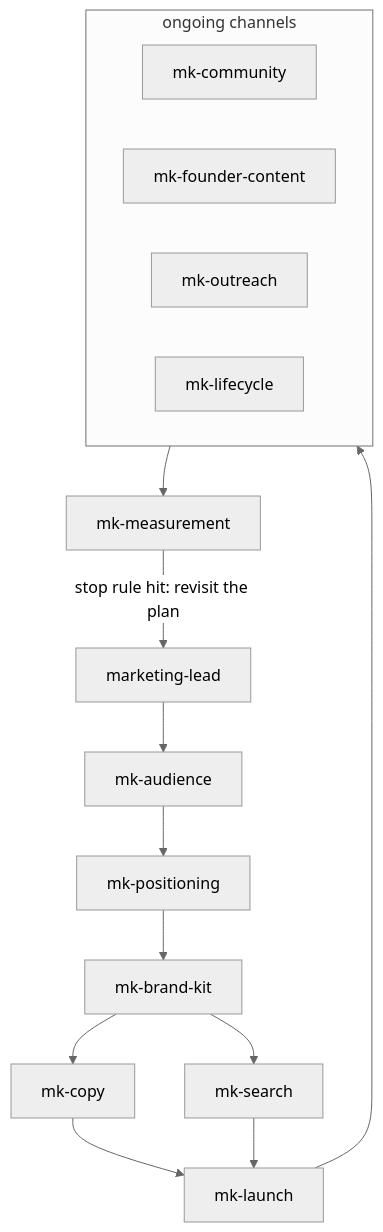
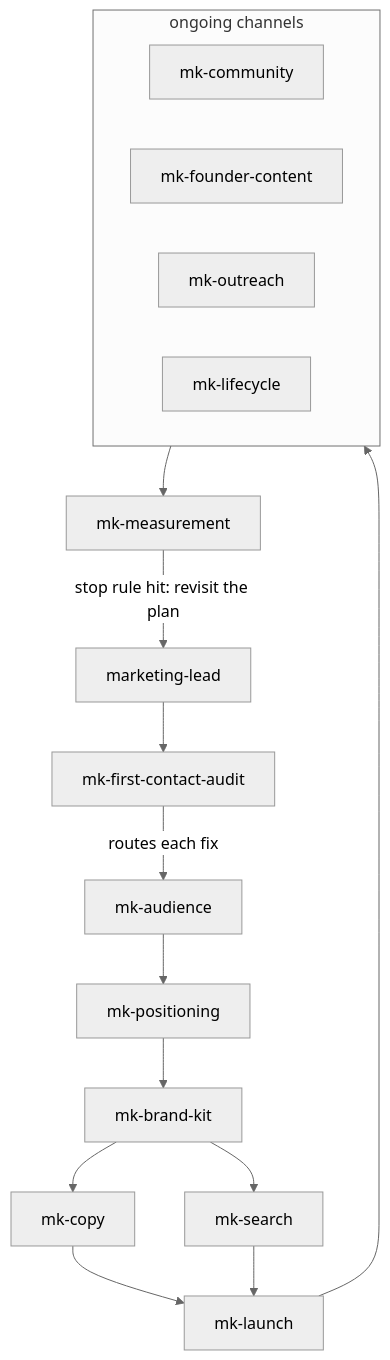
Before and after one commit to stylusnexus/agent-plugins: the diagram in plugins/go-to-market/README.md, drawn with Mermaid (neutral theme). The commit also changed other lines of this file and 35 other files, not shown here.

````diff
--- a/plugins/go-to-market/README.md
+++ b/plugins/go-to-market/README.md
@@ -62,19 +64,20 @@
 ```mermaid
 flowchart TD
-  ML[marketing-lead] --> A[mk-audience]
+  ML[marketing-lead] --> D[mk-first-contact-audit]
+  D -->|routes each fix| A[mk-audience]
   A --> P[mk-positioning]
   P --> B[mk-brand-kit]
   B --> CP[mk-copy]
   B --> SE[mk-search]
   CP --> L[mk-launch]
   SE --> L
   L --> CH
   subgraph CH [ongoing channels]
     CM[mk-community]
     FC[mk-founder-content]
     OR[mk-outreach]
     LC[mk-lifecycle]
   end
   CH --> MS[mk-measurement]
   MS -->|stop rule hit: revisit the plan| ML
 ```
````
